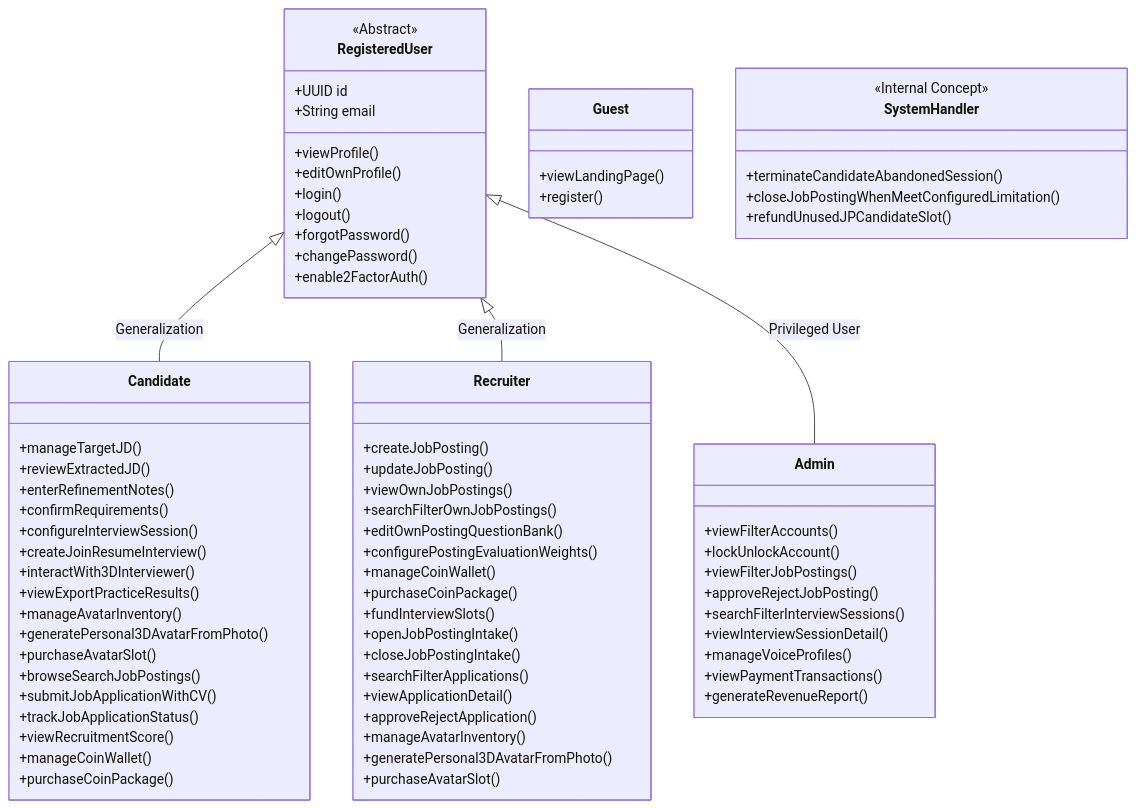
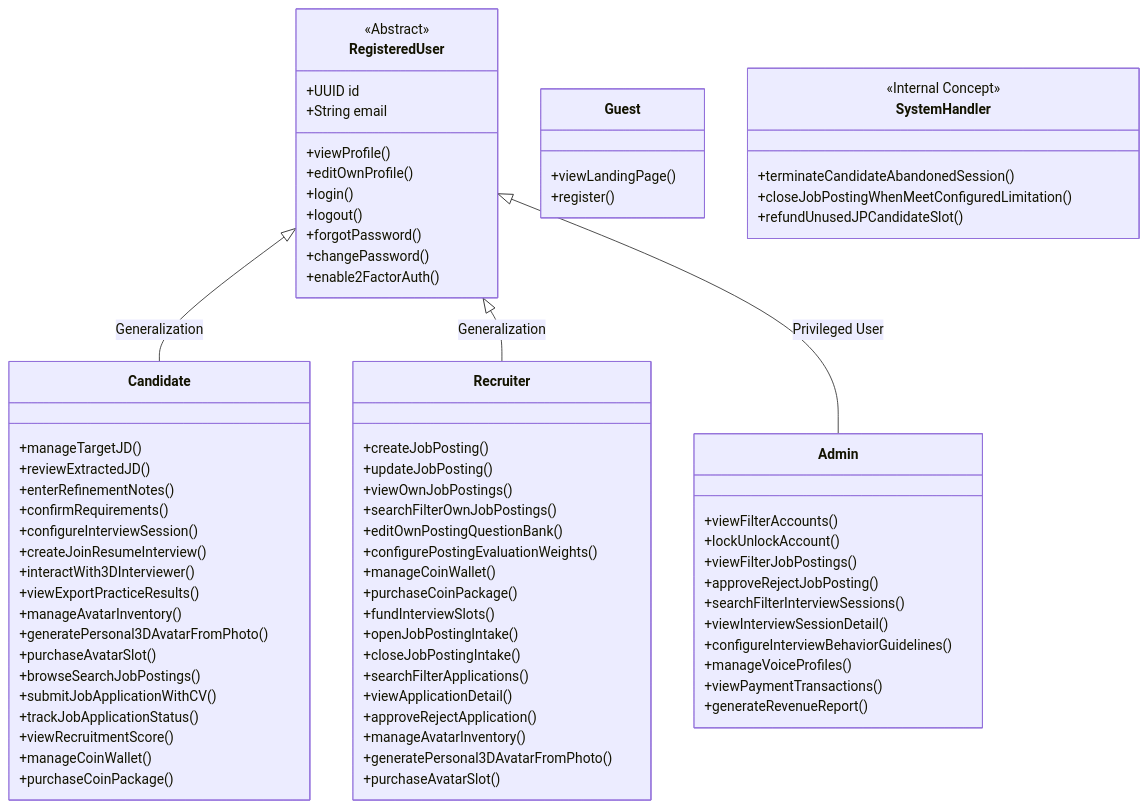
The diagram in 00_Project/Actors-and-Capabilities.md (cog-forge/role-cue-brain), drawn with Mermaid before and after one commit. The commit also changed other lines of this file and 8 other files, not shown here.

```diff
--- a/00_Project/Actors-and-Capabilities.md
+++ b/00_Project/Actors-and-Capabilities.md
@@ -87,6 +90,7 @@
         +approveRejectJobPosting()
         +searchFilterInterviewSessions()
         +viewInterviewSessionDetail()
+        +configureInterviewBehaviorGuidelines()
         +manageVoiceProfiles()
         +viewPaymentTransactions()
         +generateRevenueReport()
```
